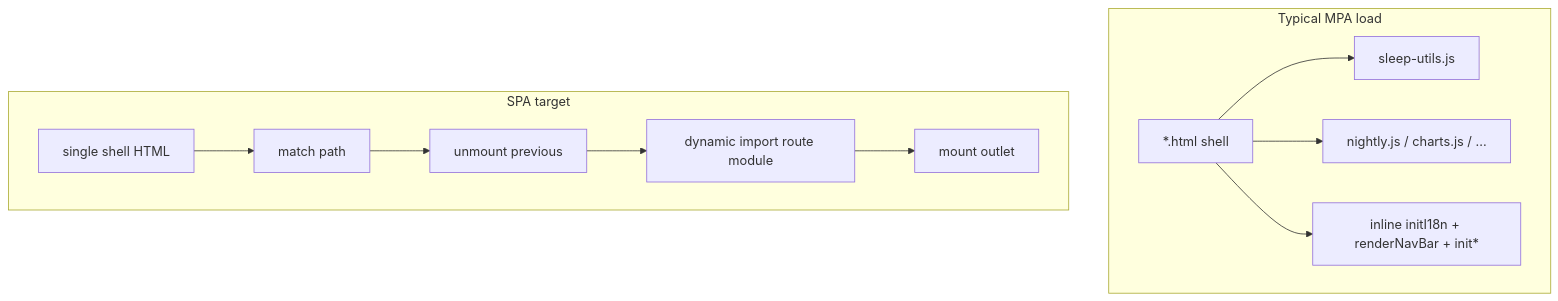
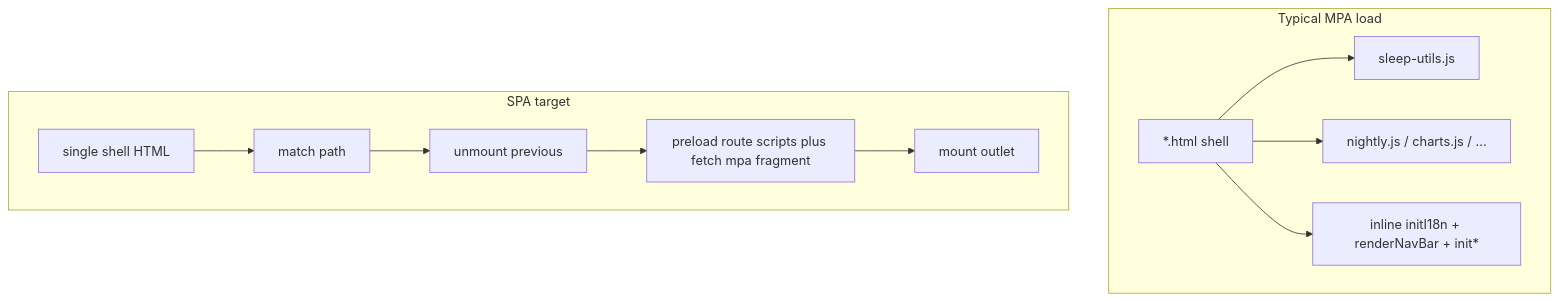
The diagram in .cursor/plans/mpa_to_spa_path_9cf9cebf.plan.md (rsairu/sleep), drawn with Mermaid before and after one commit. The commit also changed other lines of this file and 6 other files, not shown here.

````diff
--- a/.cursor/plans/mpa_to_spa_path_9cf9cebf.plan.md
+++ b/.cursor/plans/mpa_to_spa_path_9cf9cebf.plan.md
@@ -111,16 +115,16 @@
 ```mermaid
 flowchart TB
   subgraph load [Typical MPA load]
     HTML[*.html shell]
     HTML --> SU[sleep-utils.js]
     HTML --> Optional[nightly.js / charts.js / ...]
     HTML --> Inline[inline initI18n + renderNavBar + init*]
   end
   subgraph spa [SPA target]
     Shell[single shell HTML]
     Shell --> Router[match path]
     Router --> Un[unmount previous]
-    Un --> Imp[dynamic import route module]
+    Un --> Imp[preload route scripts plus fetch mpa fragment]
     Imp --> Mount[mount outlet]
   end
 ```
````
